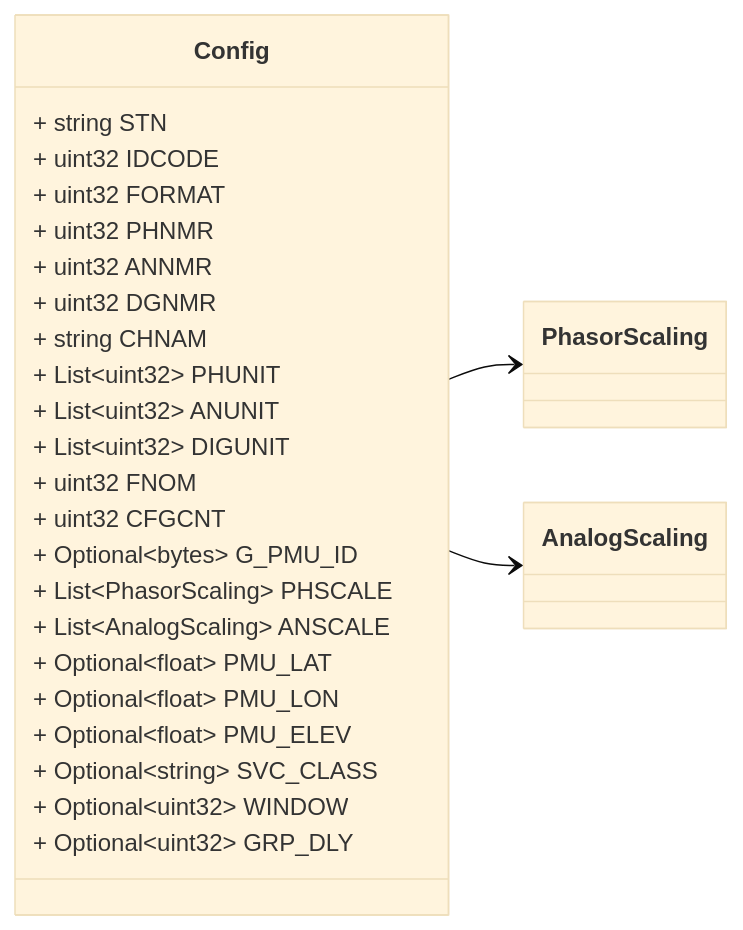
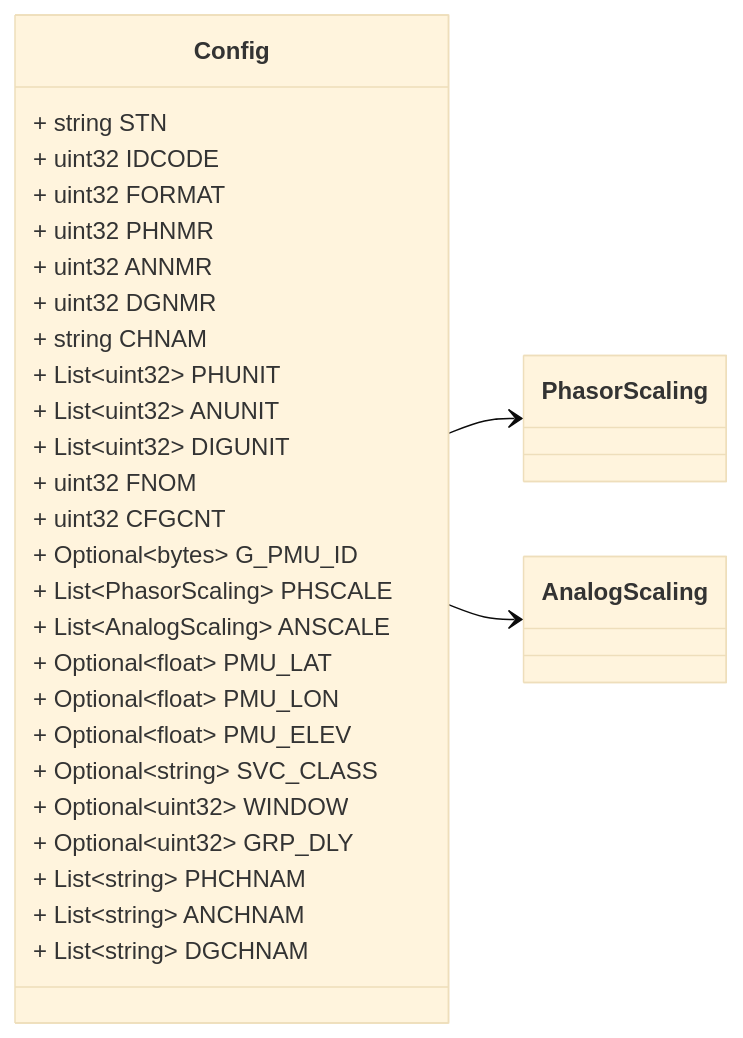
Before and after one commit to zaphiro-technologies/protobuf: the fifth of 7 diagrams in docs/data_format/c37118/v1/conf.proto.md, drawn with Mermaid (base theme). The commit also changed other lines of this file and 4 other files, not shown here.

````diff
--- a/docs/data_format/c37118/v1/conf.proto.md
+++ b/docs/data_format/c37118/v1/conf.proto.md
@@ -115,33 +213,36 @@
 ```mermaid
 classDiagram
 direction LR
 
 %% Single PMU configuration according to Configuration frame 2 and 3
 
 class Config {
   + string STN
   + uint32 IDCODE
   + uint32 FORMAT
   + uint32 PHNMR
   + uint32 ANNMR
   + uint32 DGNMR
   + string CHNAM
   + List~uint32~ PHUNIT
   + List~uint32~ ANUNIT
   + List~uint32~ DIGUNIT
   + uint32 FNOM
   + uint32 CFGCNT
   + Optional~bytes~ G_PMU_ID
   + List~PhasorScaling~ PHSCALE
   + List~AnalogScaling~ ANSCALE
   + Optional~float~ PMU_LAT
   + Optional~float~ PMU_LON
   + Optional~float~ PMU_ELEV
   + Optional~string~ SVC_CLASS
   + Optional~uint32~ WINDOW
   + Optional~uint32~ GRP_DLY
+  + List~string~ PHCHNAM
+  + List~string~ ANCHNAM
+  + List~string~ DGCHNAM
 }
 Config --> `PhasorScaling`
 Config --> `AnalogScaling`
 
 ```
````
